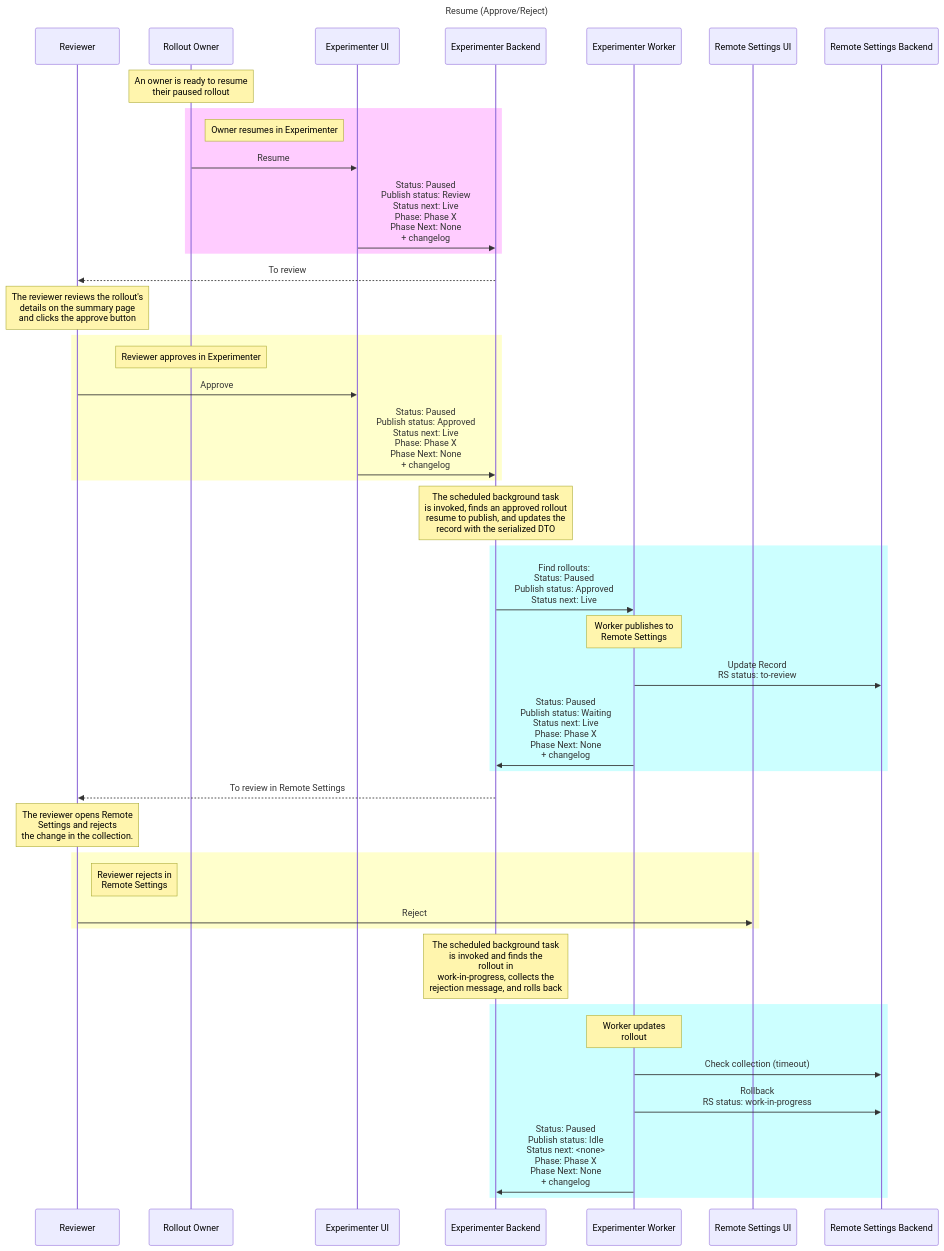
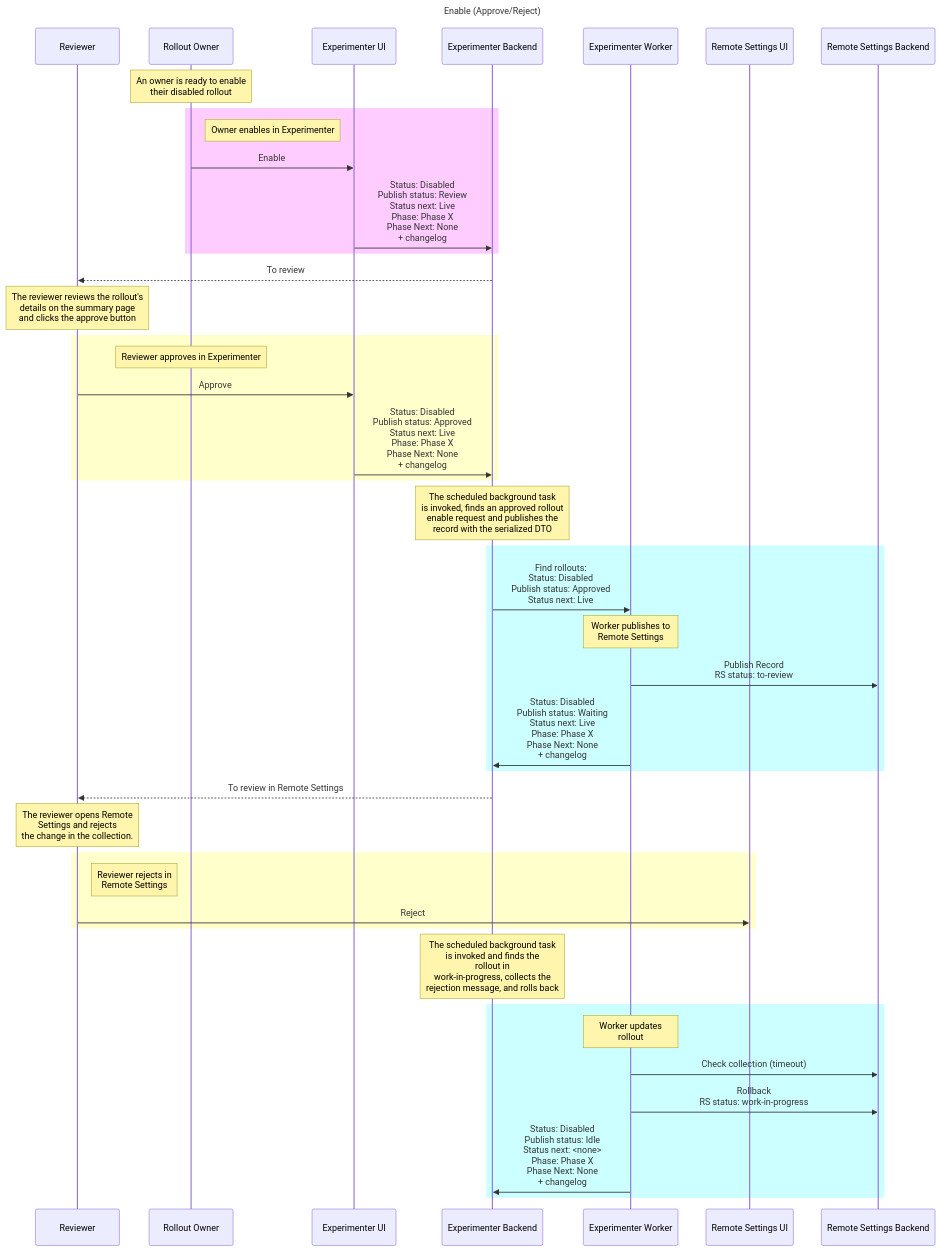
One commit to mozilla/experimenter changed diagram 24 of 27 in docs/experimenter/rollouts.md. Above: the diagram before and after it, drawn with Mermaid. The commit also changed other lines of this file, not shown here.

First line of the commit message:
docs(nimbus): Add rollout mermaid diagrams

````diff
--- a/docs/experimenter/rollouts.md
+++ b/docs/experimenter/rollouts.md
@@ -1084,55 +1084,55 @@
 ```mermaid
   sequenceDiagram
     participant Reviewer
     participant Rollout Owner
     participant Experimenter UI
     participant Experimenter Backend
     participant Experimenter Worker
     participant Remote Settings UI
     participant Remote Settings Backend
-    title Resume (Approve/Reject)
+    title Enable (Approve/Reject)
 
-    Note over Rollout Owner: An owner is ready to resume <br/> their paused rollout
+    Note over Rollout Owner: An owner is ready to enable <br/> their disabled rollout
 
     rect rgb(255,204,255)
-        Note right of Rollout Owner: Owner resumes in Experimenter
-        Rollout Owner->>Experimenter UI: Resume
-        Experimenter UI->>Experimenter Backend: Status: Paused <br/> Publish status: Review <br/> Status next: Live <br/> Phase: Phase X <br/> Phase Next: None <br/> + changelog
+        Note right of Rollout Owner: Owner enables in Experimenter
+        Rollout Owner->>Experimenter UI: Enable
+        Experimenter UI->>Experimenter Backend: Status: Disabled <br/> Publish status: Review <br/> Status next: Live <br/> Phase: Phase X <br/> Phase Next: None <br/> + changelog
     end
 
     Experimenter Backend-->>Reviewer: To review
     Note over Reviewer: The reviewer reviews the rollout's <br/> details on the summary page <br/> and clicks the approve button
 
     rect rgb(255,255,204)
         Note over Rollout Owner: Reviewer approves in Experimenter
         Reviewer->>Experimenter UI: Approve
-        Experimenter UI->>Experimenter Backend: Status: Paused <br/> Publish status: Approved <br/> Status next: Live <br/> Phase: Phase X <br/> Phase Next: None <br/> + changelog
+        Experimenter UI->>Experimenter Backend: Status: Disabled <br/> Publish status: Approved <br/> Status next: Live <br/> Phase: Phase X <br/> Phase Next: None <br/> + changelog
     end
 
-    Note over Experimenter Backend: The scheduled background task <br/> is invoked, finds an approved rollout <br/> resume to publish, and updates the <br/> record with the serialized DTO
+    Note over Experimenter Backend: The scheduled background task <br/> is invoked, finds an approved rollout <br/> enable request and publishes the <br/> record with the serialized DTO
 
     rect rgb(204,255,255)
-        Experimenter Backend->>Experimenter Worker: Find rollouts: <br/> Status: Paused <br/> Publish status: Approved <br/> Status next: Live
+        Experimenter Backend->>Experimenter Worker: Find rollouts: <br/> Status: Disabled <br/> Publish status: Approved <br/> Status next: Live
         Note over Experimenter Worker: Worker publishes to <br/>Remote Settings
-        Experimenter Worker->>Remote Settings Backend: Update Record <br/> RS status: to-review
-        Experimenter Worker->>Experimenter Backend: Status: Paused <br/> Publish status: Waiting <br/> Status next: Live <br/> Phase: Phase X <br/> Phase Next: None <br/> + changelog
+        Experimenter Worker->>Remote Settings Backend: Publish Record <br/> RS status: to-review
+        Experimenter Worker->>Experimenter Backend: Status: Disabled <br/> Publish status: Waiting <br/> Status next: Live <br/> Phase: Phase X <br/> Phase Next: None <br/> + changelog
     end
 
     Experimenter Backend-->>Reviewer: To review in Remote Settings
 
     Note over Reviewer: The reviewer opens Remote <br/> Settings and rejects <br/> the change in the collection.
 
     rect rgb(255,255,204)
         Note right of Reviewer: Reviewer rejects in <br/>Remote Settings
         Reviewer->>Remote Settings UI: Reject
     end
 
     Note over Experimenter Backend: The scheduled background task <br/> is invoked and finds the <br/> rollout in <br/> work-in-progress, collects the <br/> rejection message, and rolls back
 
     rect rgb(204,255,255)
         Note over Experimenter Worker: Worker updates <br/> rollout
         Experimenter Worker->>Remote Settings Backend: Check collection (timeout)
         Experimenter Worker->>Remote Settings Backend: Rollback <br/> RS status: work-in-progress
-        Experimenter Worker->>Experimenter Backend:  Status: Paused <br/> Publish status: Idle <br/> Status next: <none> <br/> Phase: Phase X <br/> Phase Next: None <br/> + changelog
+        Experimenter Worker->>Experimenter Backend:  Status: Disabled <br/> Publish status: Idle <br/> Status next: <none> <br/> Phase: Phase X <br/> Phase Next: None <br/> + changelog
     end
 ```
````
